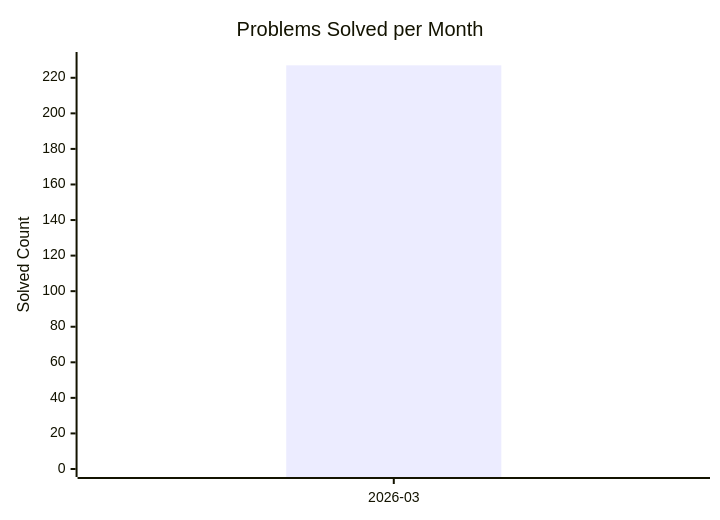
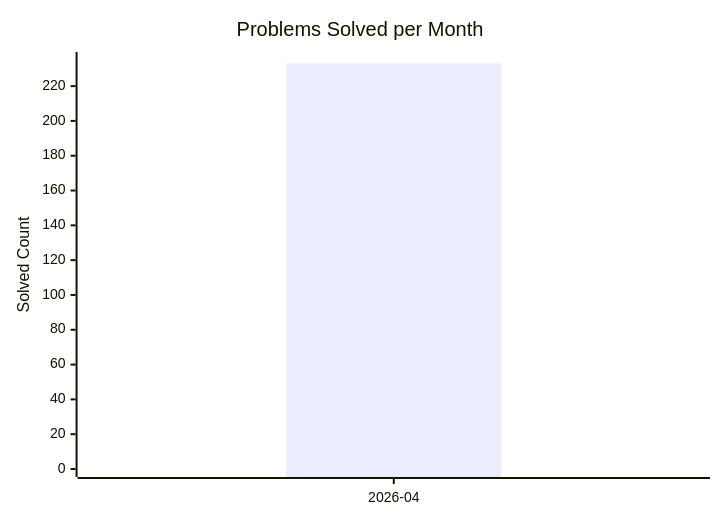
The diagram in dashboard.md (AdityaPandey-DEV/CP-Progress-Sync), drawn with Mermaid before and after one commit. The commit also changed other lines of this file, not shown here.

Commit message:
Auto-update CP dashboard [skip ci]

````diff
--- a/dashboard.md
+++ b/dashboard.md
@@ -8,8 +8,8 @@
 ```mermaid
 xychart-beta
     title "Problems Solved per Month"
-    x-axis ["2026-03"]
-    y-axis "Solved Count" 0 --> 230
-    bar [227]
-    line [227]
+    x-axis ["2026-04"]
+    y-axis "Solved Count" 0 --> 235
+    bar [233]
+    line [233]
 ```
````
